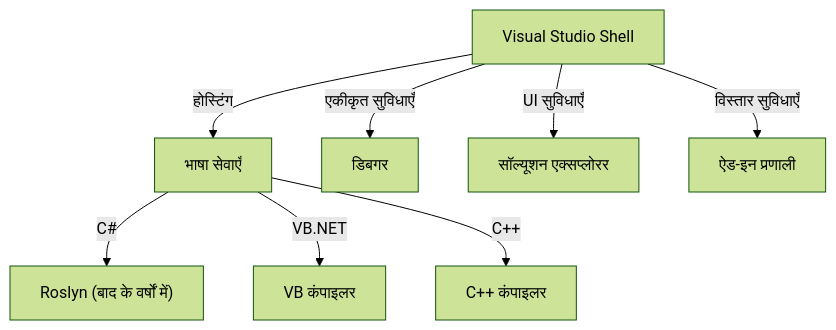
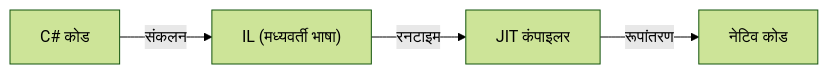
Before and after one commit to kenjinote/blog: the second of 2 diagrams in content/post/history-of-visual-studio/index.hi.md, drawn with Mermaid (forest theme). The commit also changed other lines of this file and 129 other files, not shown here.

````diff
--- a/content/post/history-of-visual-studio/index.hi.md
+++ b/content/post/history-of-visual-studio/index.hi.md
@@ -85,11 +51,6 @@
 ```mermaid
-graph TD
-    A["Visual Studio Shell"] -- "होस्टिंग" --> B["भाषा सेवाएँ"]
-    B -- "C#" --> C["Roslyn (बाद के वर्षों में)"]
-    B -- "VB.NET" --> D["VB कंपाइलर"]
-    B -- "C++" --> E["C++ कंपाइलर"]
-    
-    A -- "एकीकृत सुविधाएँ" --> F["डिबगर"]
-    A -- "UI सुविधाएँ" --> G["सॉल्यूशन एक्सप्लोरर"]
-    A -- "विस्तार सुविधाएँ" --> H["ऐड-इन प्रणाली"]
+graph LR
+    A["C# कोड"] -- "संकलन" --> B["IL (मध्यवर्ती भाषा)"]
+    B -- "रनटाइम" --> C["JIT कंपाइलर"]
+    C -- "रूपांतरण" --> D["नेटिव कोड"]
 ```
````
